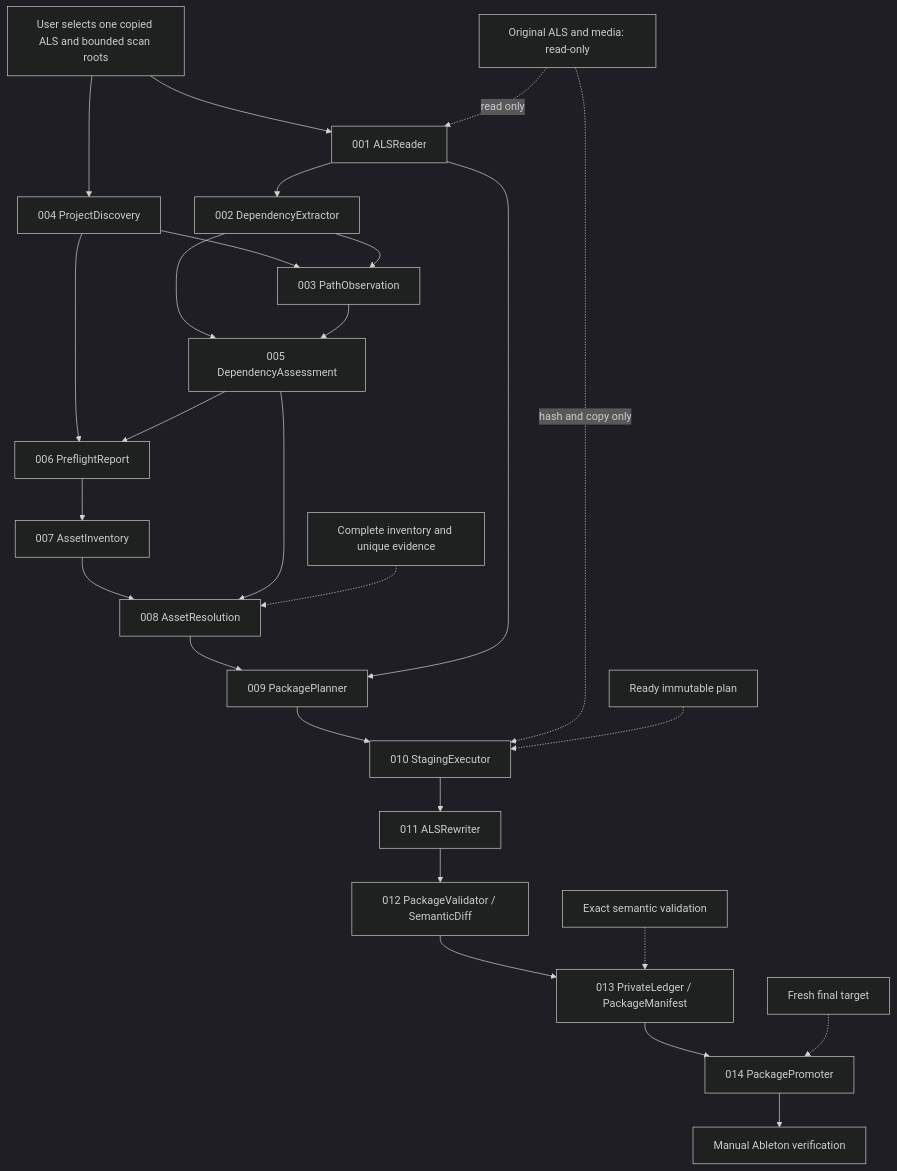
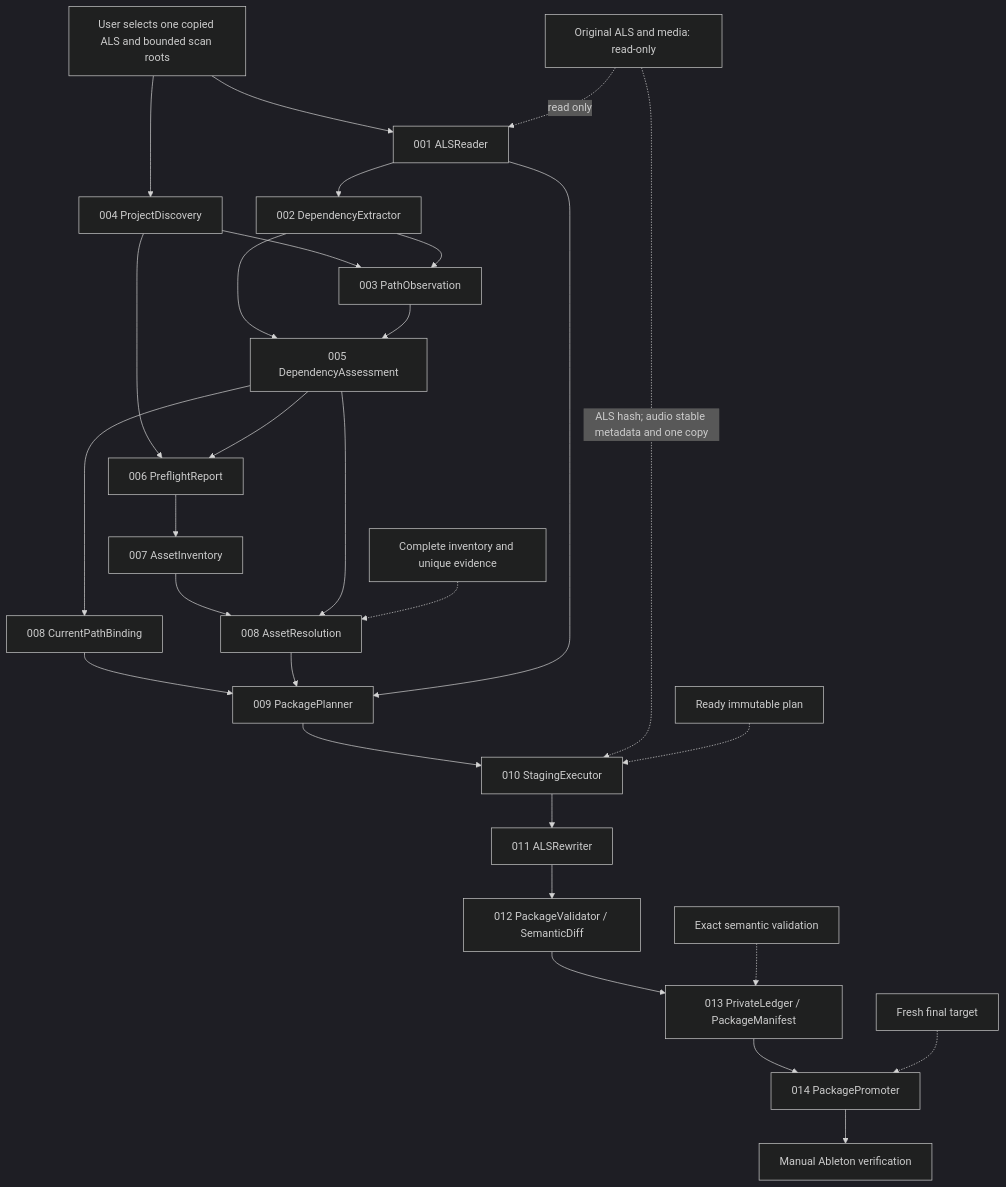
The diagram in docs/architecture/diagrams/001-core-pipeline.mmd (AALogic/als-rewrite-lab), drawn with Mermaid (dark theme) before and after one commit. The commit also changed 219 other files, not shown here.

Commit message:
feat: checkpoint desktop current-path rescue slice

```diff
--- a/docs/architecture/diagrams/001-core-pipeline.mmd
+++ b/docs/architecture/diagrams/001-core-pipeline.mmd
@@ -1,52 +1,55 @@
 flowchart TD
     User["User selects one copied ALS and bounded scan roots"]
     Discovery["004 ProjectDiscovery"]
     Reader["001 ALSReader"]
     Extractor["002 DependencyExtractor"]
     Observation["003 PathObservation"]
     Assessment["005 DependencyAssessment"]
     Preflight["006 PreflightReport"]
     Inventory["007 AssetInventory"]
     Resolution["008 AssetResolution"]
+    CurrentBinding["008 CurrentPathBinding"]
     Planner["009 PackagePlanner"]
     Staging["010 StagingExecutor"]
     Rewriter["011 ALSRewriter"]
     Validation["012 PackageValidator / SemanticDiff"]
     Manifest["013 PrivateLedger / PackageManifest"]
     Promotion["014 PackagePromoter"]
     Manual["Manual Ableton verification"]
 
     User --> Discovery
     User --> Reader
     Discovery --> Observation
     Reader --> Extractor
     Extractor --> Observation
     Extractor --> Assessment
     Observation --> Assessment
     Discovery --> Preflight
     Assessment --> Preflight
+    Assessment --> CurrentBinding
+    CurrentBinding --> Planner
     Preflight --> Inventory
     Inventory --> Resolution
     Assessment --> Resolution
     Resolution --> Planner
     Reader --> Planner
     Planner --> Staging
     Staging --> Rewriter
     Rewriter --> Validation
     Validation --> Manifest
     Manifest --> Promotion
     Promotion --> Manual
 
     Original["Original ALS and media: read-only"]
     Original -. "read only" .-> Reader
-    Original -. "hash and copy only" .-> Staging
+    Original -. "ALS hash; audio stable metadata and one copy" .-> Staging
 
     Gate1["Complete inventory and unique evidence"]
     Gate2["Ready immutable plan"]
     Gate3["Exact semantic validation"]
     Gate4["Fresh final target"]
 
     Gate1 -.-> Resolution
     Gate2 -.-> Staging
     Gate3 -.-> Manifest
     Gate4 -.-> Promotion
```
